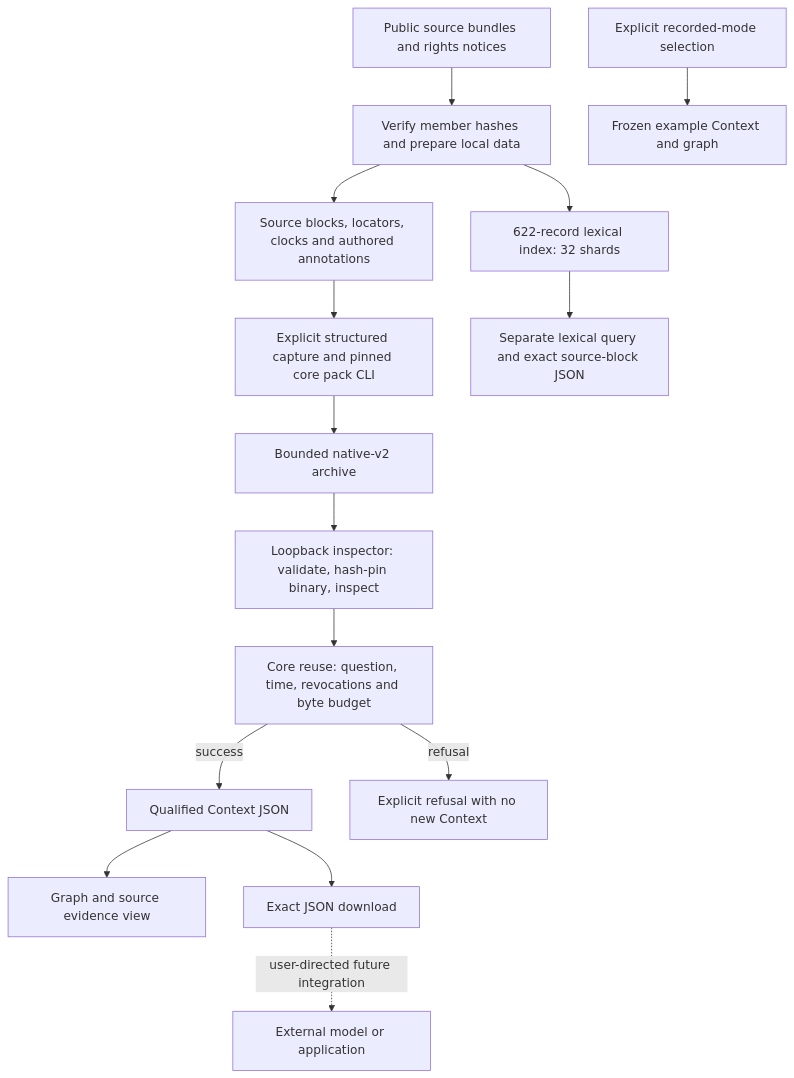
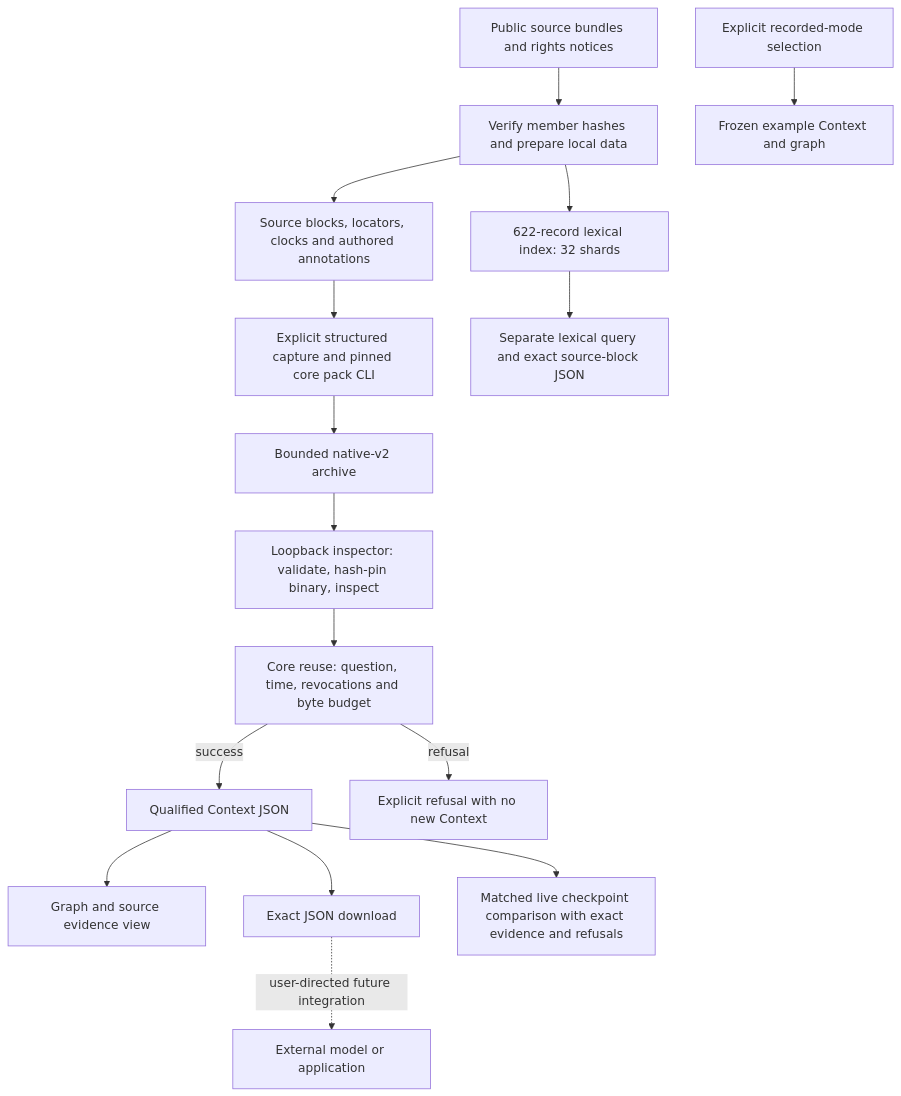
The diagram in docs/OPERATIONAL_ARCHITECTURE.md (sargonxg/tacitus-workbench), drawn with Mermaid before and after one commit. The commit also changed other lines of this file and 12 other files, not shown here.

Commit message:
feat: compare live retrieval checkpoints with exact evidence

````diff
--- a/docs/OPERATIONAL_ARCHITECTURE.md
+++ b/docs/OPERATIONAL_ARCHITECTURE.md
@@ -12,17 +12,18 @@
 ```mermaid
 flowchart TD
     A[Public source bundles and rights notices] --> B[Verify member hashes and prepare local data]
     B --> C[Source blocks, locators, clocks and authored annotations]
     C --> D[Explicit structured capture and pinned core pack CLI]
     D --> E[Bounded native-v2 archive]
     E --> F[Loopback inspector: validate, hash-pin binary, inspect]
     F --> H[Core reuse: question, time, revocations and byte budget]
     H -->|success| I[Qualified Context JSON]
     H -->|refusal| N[Explicit refusal with no new Context]
     I --> G[Graph and source evidence view]
     I --> J[Exact JSON download]
+    I --> T[Matched live checkpoint comparison with exact evidence and refusals]
     B --> K[622-record lexical index: 32 shards]
     K --> L[Separate lexical query and exact source-block JSON]
     R[Explicit recorded-mode selection] --> S[Frozen example Context and graph]
     J -. user-directed future integration .-> M[External model or application]
 ```
````
